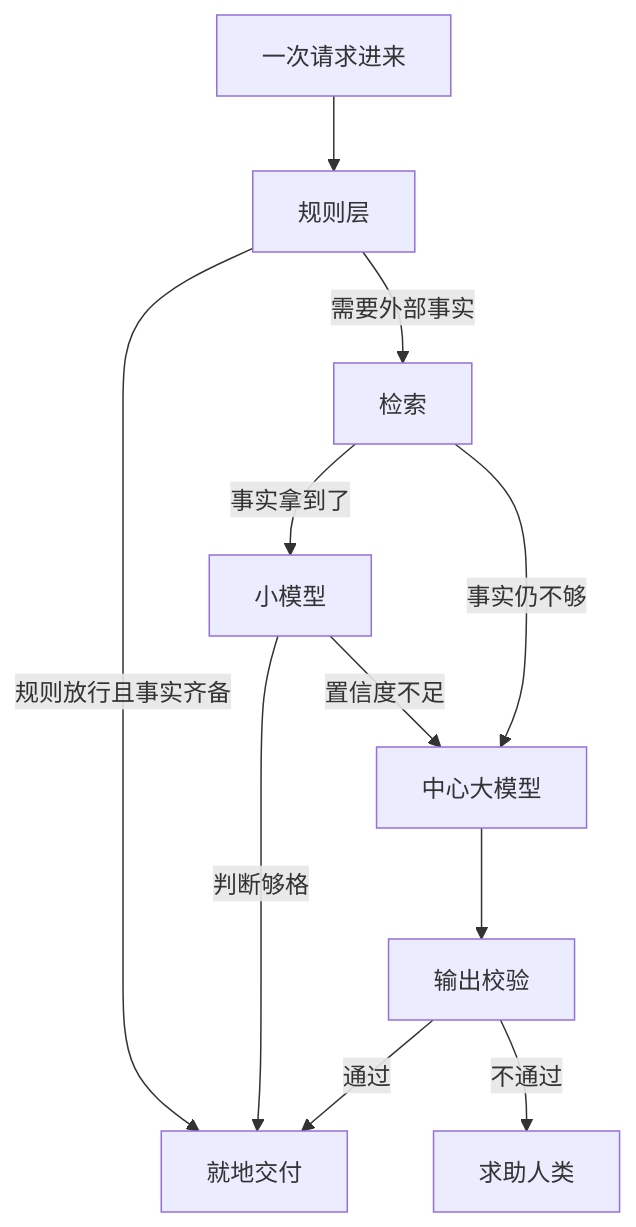
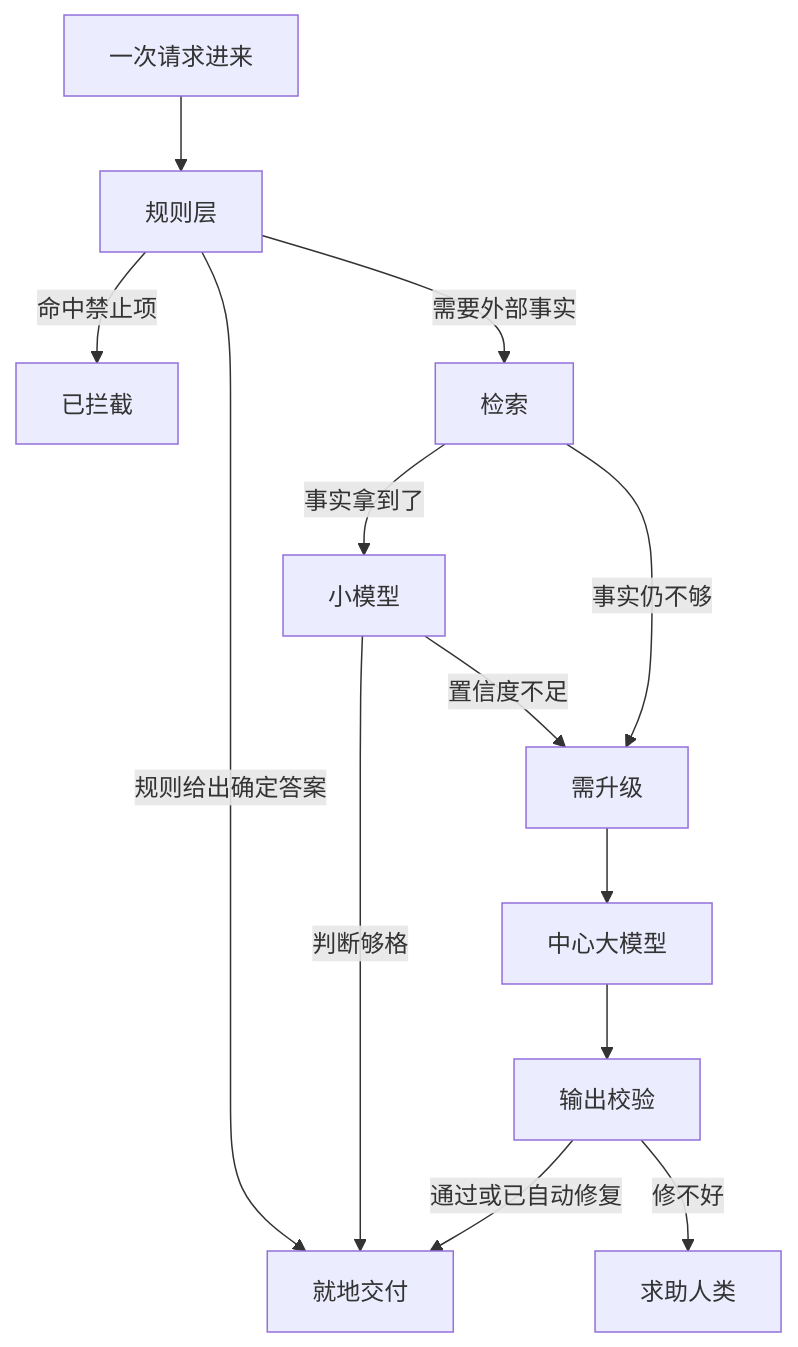
One commit to Laughingtt/agentkit changed the first of 2 diagrams in part-3-agent原理/ch15-混合系统.md. Above: the diagram before and after it, drawn with Mermaid. The commit also changed other lines of this file, not shown here.

````diff
--- a/part-3-agent原理/ch15-混合系统.md
+++ b/part-3-agent原理/ch15-混合系统.md
@@ -15,13 +17,15 @@
 ```mermaid
 graph TD
     A[一次请求进来] --> R[规则层]
-    R -->|规则放行且事实齐备| D[就地交付]
+    R -->|命中禁止项| X[已拦截]
+    R -->|规则给出确定答案| D[就地交付]
     R -->|需要外部事实| K[检索]
     K -->|事实拿到了| M[小模型]
+    K -->|事实仍不够| U[需升级]
     M -->|判断够格| D
-    M -->|置信度不足| L[中心大模型]
-    K -->|事实仍不够| L
+    M -->|置信度不足| U
+    U --> L[中心大模型]
     L --> V[输出校验]
-    V -->|通过| D
-    V -->|不通过| H[求助人类]
+    V -->|通过或已自动修复| D
+    V -->|修不好| H[求助人类]
 ```
````
